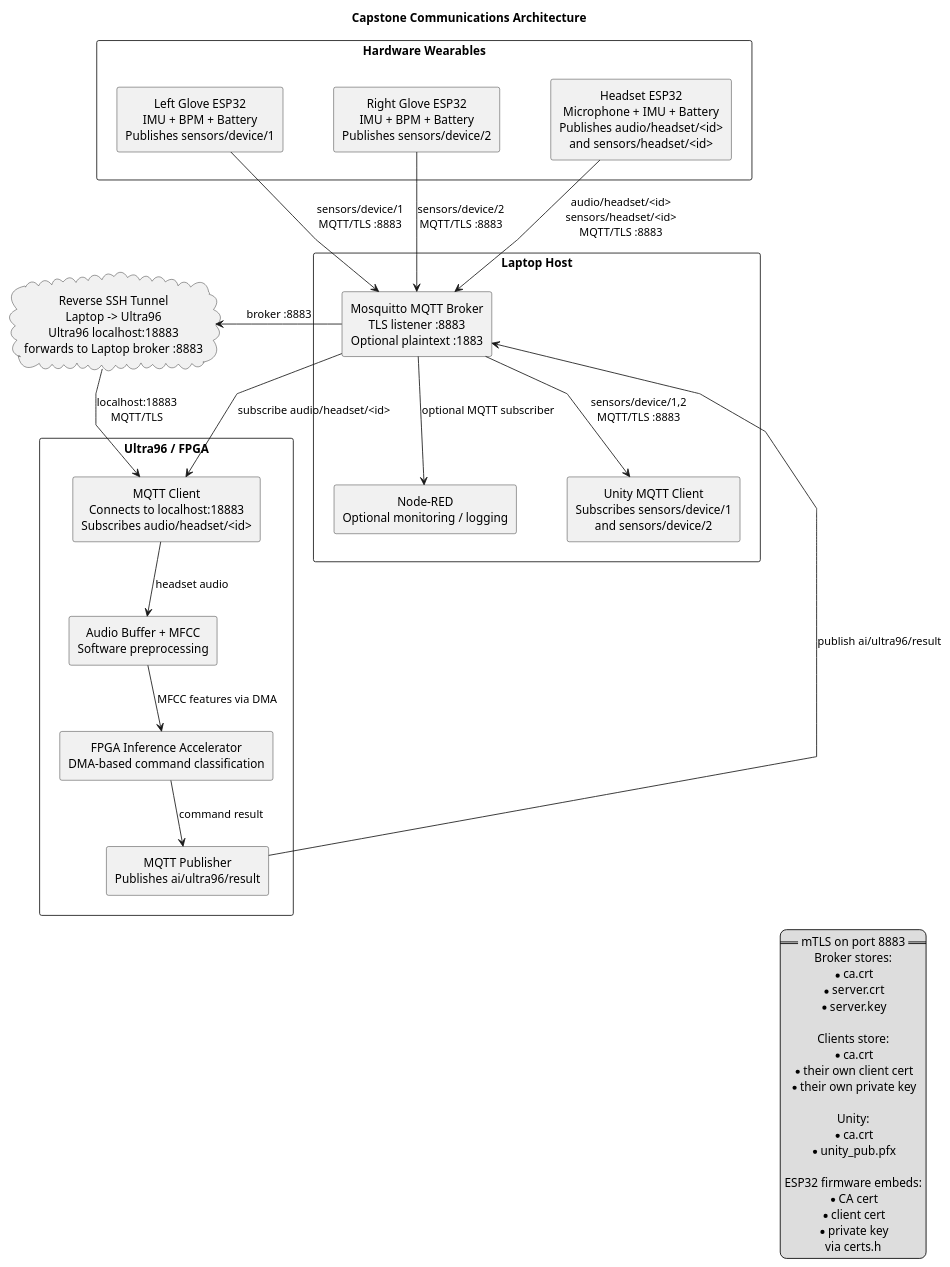
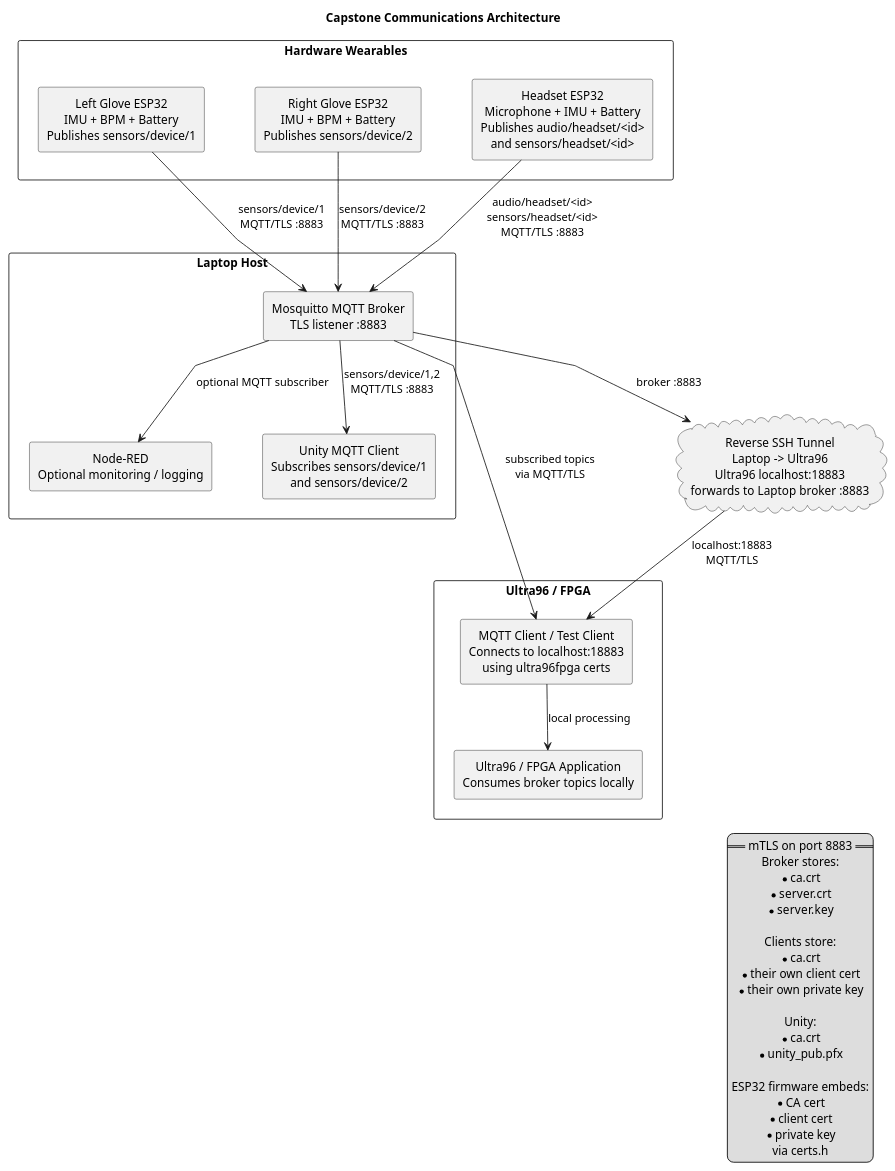
Before and after one commit to lowjunchen/CG4002: the diagram in Comms/communications_architecture.puml, drawn with PlantUML. The commit also changed 20 other files, not shown here.

```diff
--- a/Comms/communications_architecture.puml
+++ b/Comms/communications_architecture.puml
@@ -1,88 +1,81 @@
 @startuml
 title Capstone Communications Architecture
 
 top to bottom direction
 skinparam shadowing false
 skinparam defaultTextAlignment center
 skinparam packageStyle rectangle
 skinparam componentStyle rectangle
 skinparam linetype polyline
 skinparam nodesep 60
 skinparam ranksep 60
 
 package "Hardware Wearables" {
   together {
     rectangle "Left Glove ESP32\nIMU + BPM + Battery\nPublishes sensors/device/1" as left_glove
     rectangle "Right Glove ESP32\nIMU + BPM + Battery\nPublishes sensors/device/2" as right_glove
     rectangle "Headset ESP32\nMicrophone + IMU + Battery\nPublishes audio/headset/<id>\nand sensors/headset/<id>" as headset
   }
 }
 
 package "Laptop Host" {
   together {
-    rectangle "Mosquitto MQTT Broker\nTLS listener :8883\nOptional plaintext :1883" as broker
+    rectangle "Mosquitto MQTT Broker\nTLS listener :8883" as broker
     rectangle "Node-RED\nOptional monitoring / logging" as nodered
     rectangle "Unity MQTT Client\nSubscribes sensors/device/1\nand sensors/device/2" as unity
   }
 }
 
 cloud "Reverse SSH Tunnel\nLaptop -> Ultra96\nUltra96 localhost:18883\nforwards to Laptop broker :8883" as tunnel
 
 package "Ultra96 / FPGA" {
   together {
-    rectangle "MQTT Client\nConnects to localhost:18883\nSubscribes audio/headset/<id>" as ultra_mqtt
-    rectangle "Audio Buffer + MFCC\nSoftware preprocessing" as mfcc
-    rectangle "FPGA Inference Accelerator\nDMA-based command classification" as fpga
-    rectangle "MQTT Publisher\nPublishes ai/ultra96/result" as ultra_pub
+    rectangle "MQTT Client / Test Client\nConnects to localhost:18883\nusing ultra96fpga certs" as ultra_mqtt
+    rectangle "Ultra96 / FPGA Application\nConsumes broker topics locally" as ultra_app
   }
 }
 
 ' Layout helpers
 left_glove -[hidden]right-> right_glove
 right_glove -[hidden]right-> headset
 broker -[hidden]right-> nodered
 nodered -[hidden]right-> unity
-ultra_mqtt -[hidden]right-> mfcc
-mfcc -[hidden]right-> fpga
-fpga -[hidden]right-> ultra_pub
+ultra_mqtt -[hidden]right-> ultra_app
 
 left_glove --> broker : sensors/device/1\nMQTT/TLS :8883
 right_glove --> broker : sensors/device/2\nMQTT/TLS :8883
 headset --> broker : audio/headset/<id>\nsensors/headset/<id>\nMQTT/TLS :8883
 
 broker --> nodered : optional MQTT subscriber
 broker --> unity : sensors/device/1,2\nMQTT/TLS :8883
 
 broker --> tunnel : broker :8883
 tunnel --> ultra_mqtt : localhost:18883\nMQTT/TLS
 
-ultra_mqtt --> mfcc : headset audio
-mfcc --> fpga : MFCC features via DMA
-fpga --> ultra_pub : command result
-broker --> ultra_mqtt : subscribe audio/headset/<id>
-ultra_pub --> broker : publish ai/ultra96/result
+broker --> ultra_mqtt : subscribed topics\nvia MQTT/TLS
+ultra_mqtt --> ultra_app : local processing
 
 legend right
 == mTLS on port 8883 ==
 Broker stores:
 * ca.crt
 * server.crt
 * server.key
 
 Clients store:
 * ca.crt
 * their own client cert
 * their own private key
 
 Unity:
 * ca.crt
 * unity_pub.pfx
 
 ESP32 firmware embeds:
 * CA cert
 * client cert
 * private key
 via certs.h
 end legend
 
 @enduml
```
